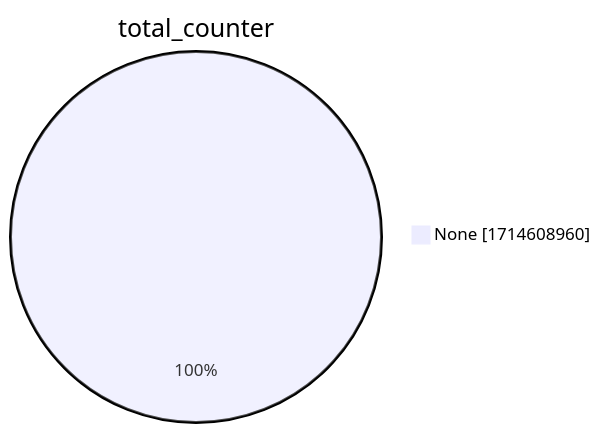
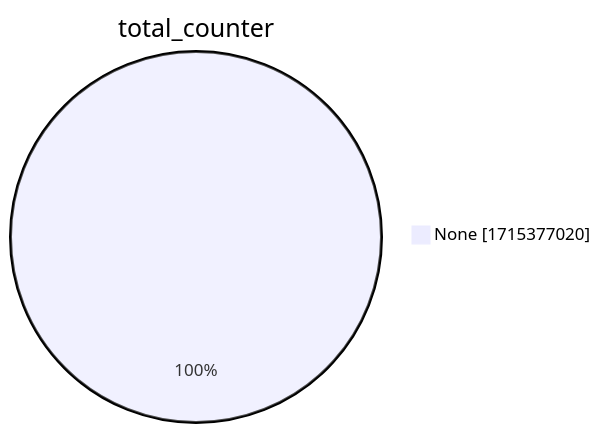
One commit to christiankrug/ctmonitor_visualization changed the second of 15 diagrams in xenon2022/README.md. Above: the diagram before and after it, drawn with Mermaid. The commit also changed other lines of this file, not shown here.

````diff
--- a/xenon2022/README.md
+++ b/xenon2022/README.md
@@ -9,5 +9,5 @@
 ```mermaid
 pie showData
 title total_counter
-"None" :1714608960
+"None" :1715377020
 ```
````
